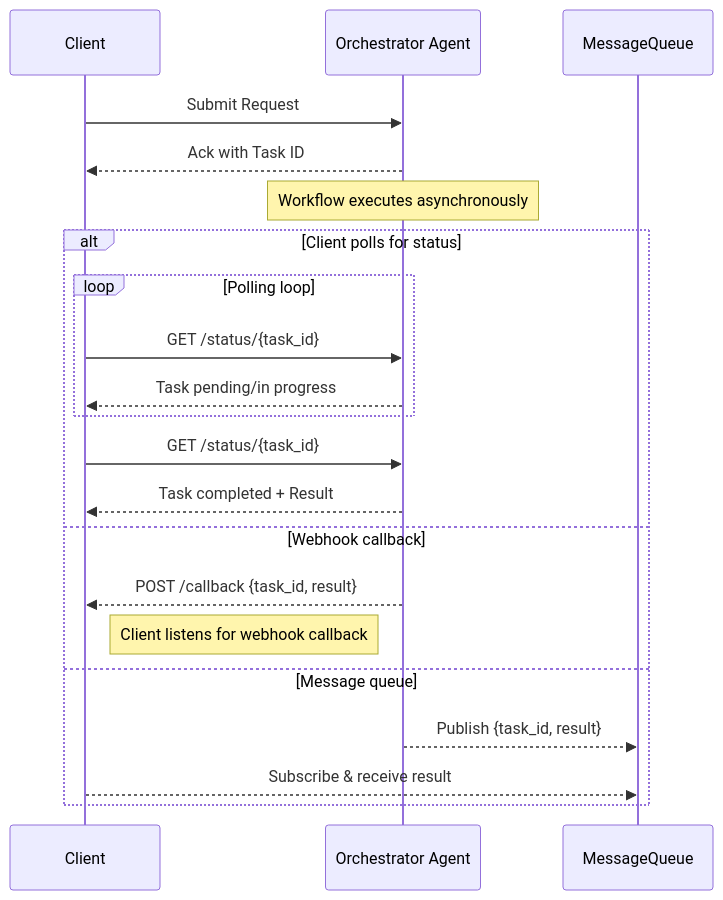
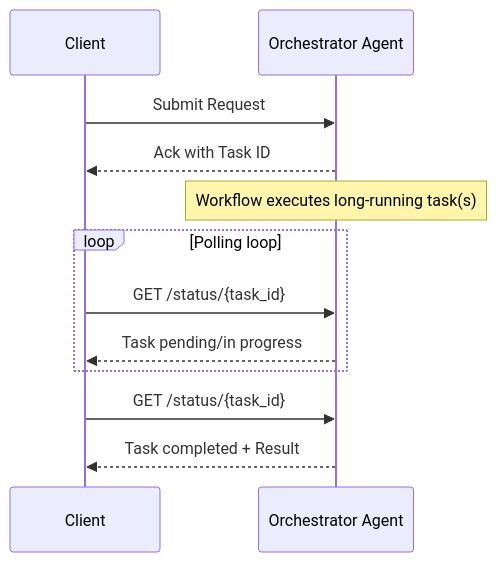
Before and after one commit to microsoft/multi-agent-reference-architecture: the third of 4 diagrams in docs/agents-communication/Request-Driven.md, drawn with Mermaid. The commit also changed other lines of this file, not shown here.

````diff
--- a/docs/agents-communication/Request-Driven.md
+++ b/docs/agents-communication/Request-Driven.md
@@ -134,26 +206,18 @@
 ```mermaid
 
 sequenceDiagram
     participant Client
     participant Orchestrator Agent
 
     Client->>Orchestrator Agent: Submit Request
     Orchestrator Agent-->>Client: Ack with Task ID
 
-    Note over Orchestrator Agent: Workflow executes asynchronously
+    Note over Orchestrator Agent: Workflow executes long-running task(s)
 
-    alt Client polls for status
-        loop Polling loop
-            Client->>Orchestrator Agent: GET /status/{task_id}
-            Orchestrator Agent-->>Client: Task pending/in progress
-        end
+    loop Polling loop
         Client->>Orchestrator Agent: GET /status/{task_id}
-        Orchestrator Agent-->>Client: Task completed + Result
-    else Webhook callback
-        Orchestrator Agent-->>Client: POST /callback {task_id, result}
-        Note right of Client: Client listens for webhook callback
-    else Message queue
-        Orchestrator Agent-->>MessageQueue: Publish {task_id, result}
-        Client-->>MessageQueue: Subscribe & receive result
+        Orchestrator Agent-->>Client: Task pending/in progress
     end
+    Client->>Orchestrator Agent: GET /status/{task_id}
+    Orchestrator Agent-->>Client: Task completed + Result
 ```
````
